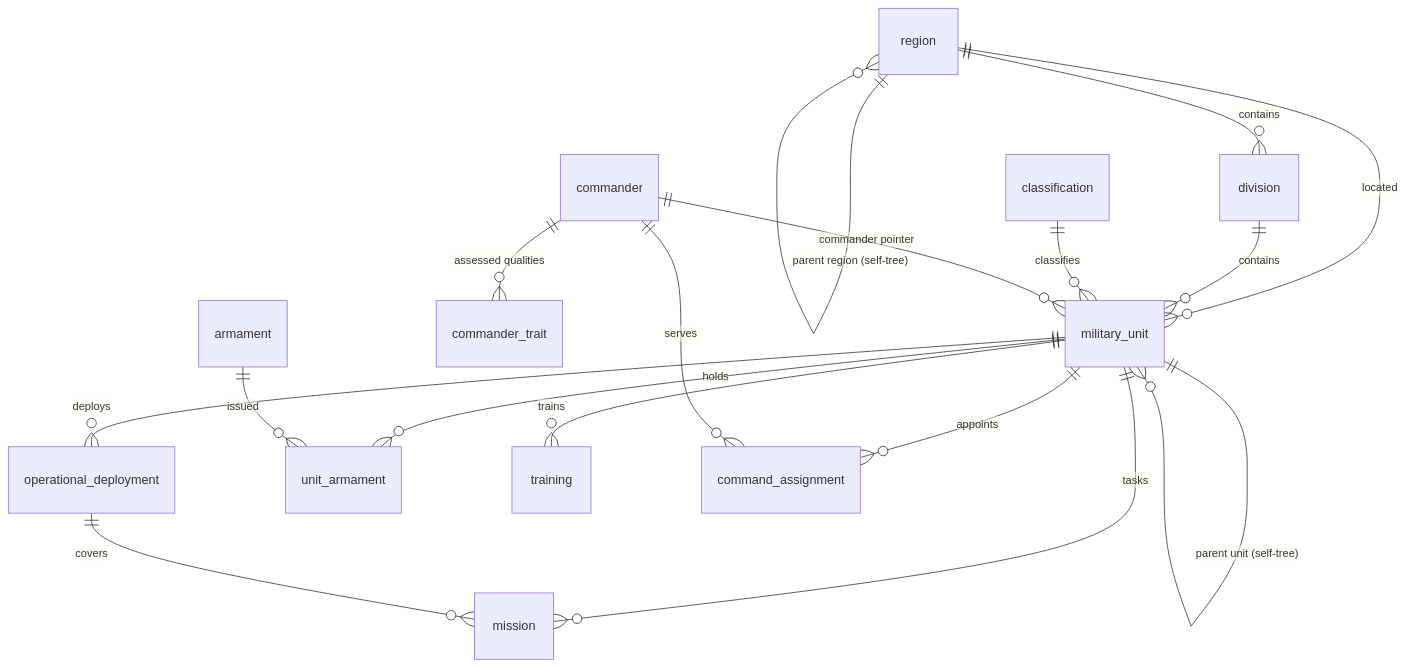
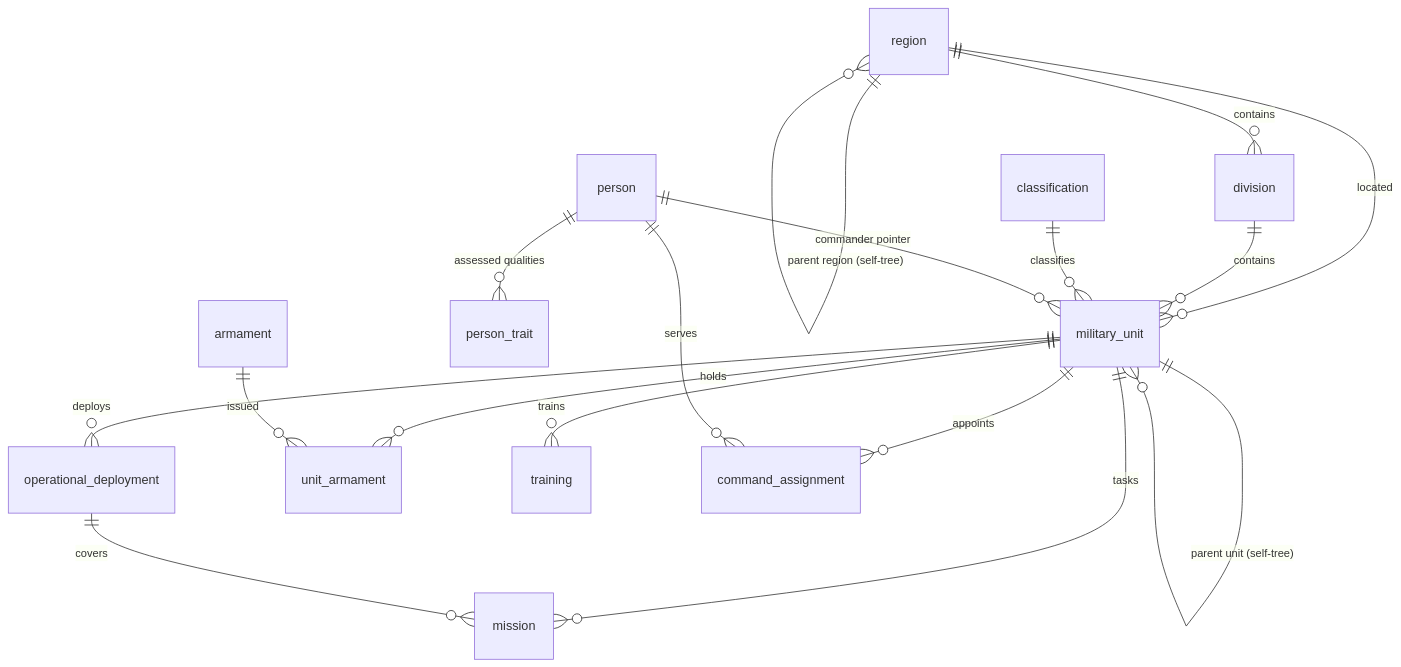
Before and after one commit to RussellTCrivello/researchers-db: the diagram in docs/MILITARY_ORG.md, drawn with Mermaid. The commit also changed other lines of this file and 22 other files, not shown here.

````diff
--- a/docs/MILITARY_ORG.md
+++ b/docs/MILITARY_ORG.md
@@ -74,19 +77,19 @@
 ```mermaid
 erDiagram
     region ||--o{ region : "parent region (self-tree)"
     region ||--o{ division : contains
     region ||--o{ military_unit : located
     division ||--o{ military_unit : contains
     classification ||--o{ military_unit : classifies
-    commander ||--o{ military_unit : "commander pointer"
+    person ||--o{ military_unit : "commander pointer"
     military_unit ||--o{ military_unit : "parent unit (self-tree)"
     military_unit ||--o{ operational_deployment : deploys
     military_unit ||--o{ mission : tasks
     military_unit ||--o{ unit_armament : holds
     military_unit ||--o{ training : trains
     military_unit ||--o{ command_assignment : appoints
     operational_deployment ||--o{ mission : covers
-    commander ||--o{ command_assignment : serves
-    commander ||--o{ commander_trait : "assessed qualities"
+    person ||--o{ command_assignment : serves
+    person ||--o{ person_trait : "assessed qualities"
     armament ||--o{ unit_armament : issued
 ```
````
